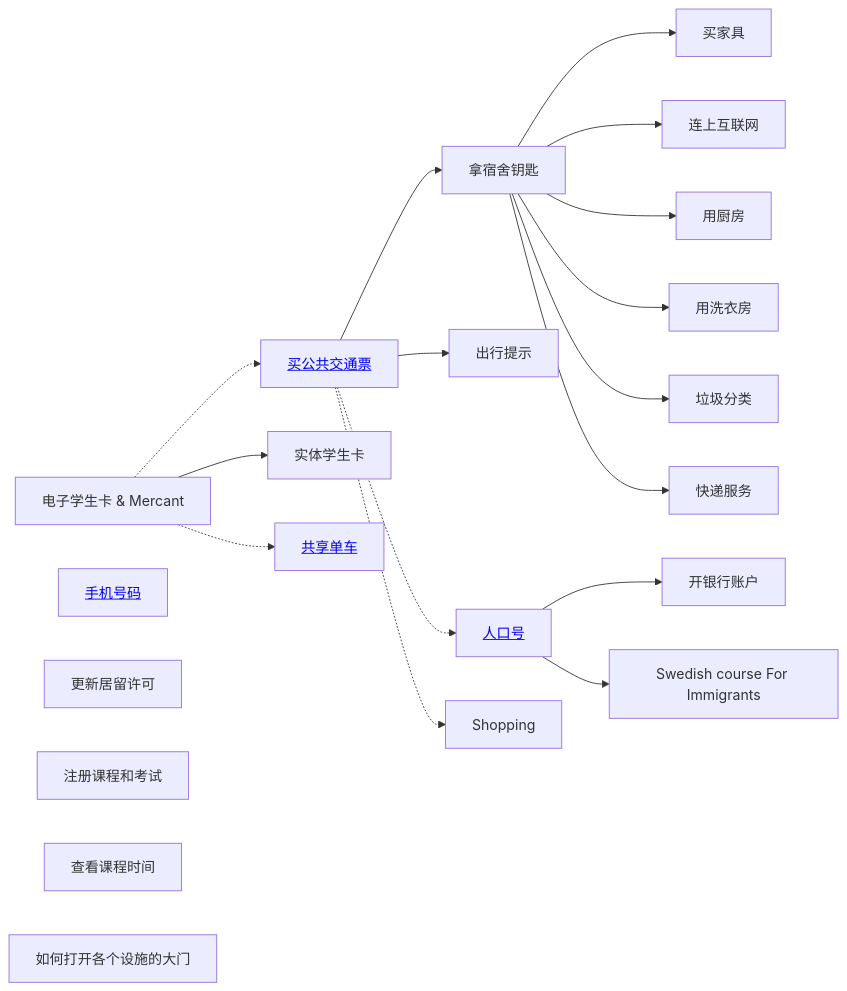
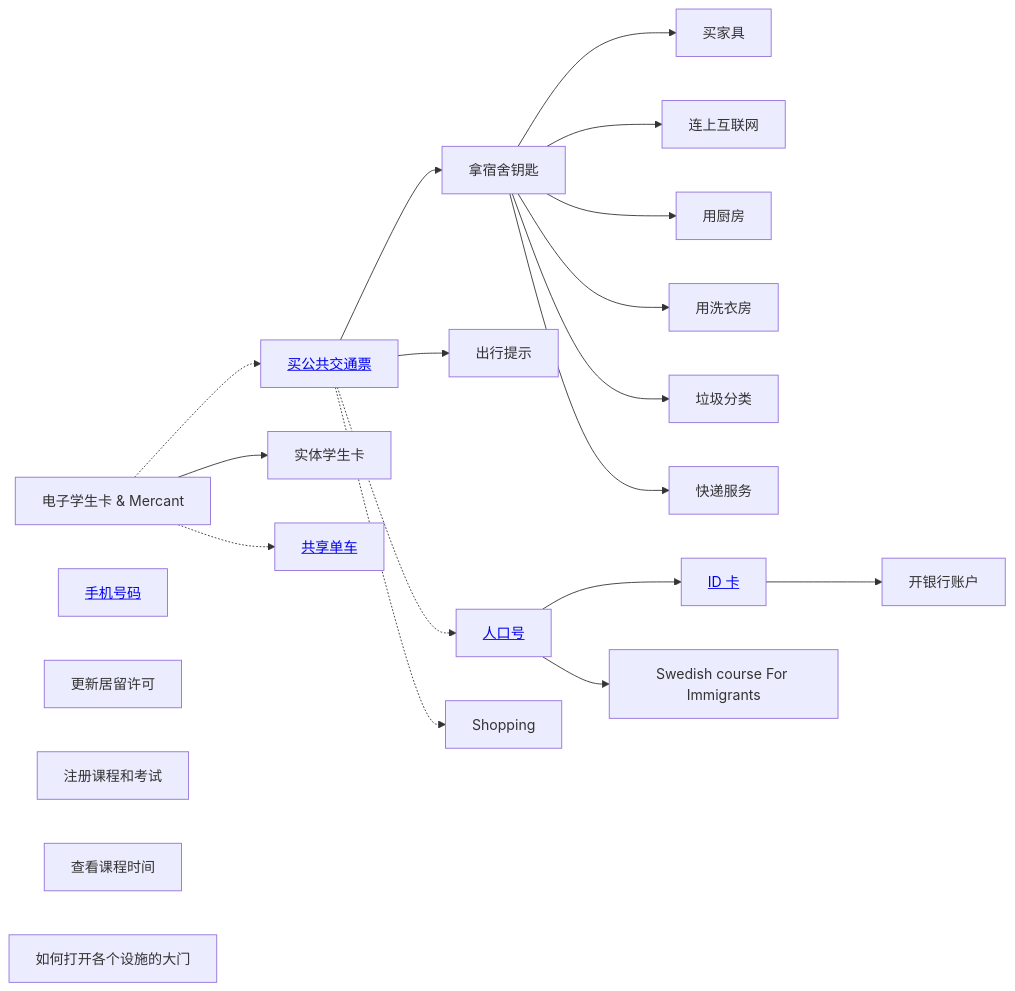
The diagram in content/docs/step-by-step/introduction.zh.md (chalmers-hub/first-week-in-chalmers), drawn with Mermaid before and after one commit. The commit also changed 3 other files, not shown here.

```diff
--- a/content/docs/step-by-step/introduction.zh.md
+++ b/content/docs/step-by-step/introduction.zh.md
@@ -21,24 +21,25 @@
 <pre class="mermaid">
     graph LR
         travel[<a href="/zh/docs/transport/ticket">买公共交通票</a>] --> accommodation[拿宿舍钥匙]
         accommodation --> furniture[买家具]
         accommodation --> internet[连上互联网]
         accommodation --> cook[用厨房]
         accommodation --> laundry[用洗衣房]
         accommodation --> rubbish[垃圾分类]
         accommodation --> shopping[快递服务]
         travel --> traffic[出行提示]
         travel -.-> personal
-        personal[<a href="/zh/docs/id/personal-number">人口号</a>] --> bank[开银行账户]
+        personal[<a href="/zh/docs/id/personal-number">人口号</a>] --> id[<a href="/zh/docs/id/id-card">ID 卡</a>]
+        id --> bank[开银行账户]
         travel -.-> Shopping
         DigitalStudentCard[电子学生卡 & Mercant]
         DigitalStudentCard --> PhysicalStudentCard[实体学生卡]
         DigitalStudentCard -.-> travel
         phone[<a href="/zh/docs/phone/circ-sim/">手机号码</a>]
         Refresh[更新居留许可]
         personal --> SFI[Swedish course For Immigrants]
         DigitalStudentCard -.-> bicycle[<a href="/zh/docs/transport/shared-bicycle/">共享单车</a>]
         course[注册课程和考试]
         timeEdit[查看课程时间]
         doors[如何打开各个设施的大门]
 </pre>
```
